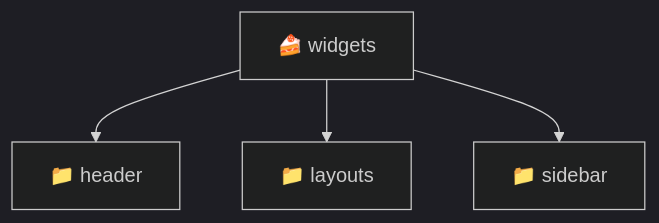
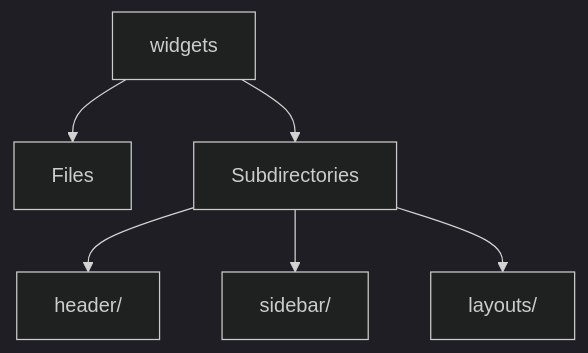
One commit to beginwebdev2002/fullstack-mavluda changed the diagram in frontend/src/widgets/README.md. Above: the diagram before and after it, drawn with Mermaid (dark theme). The commit also changed other lines of this file and 167 other files, not shown here.

````diff
--- a/frontend/src/widgets/README.md
+++ b/frontend/src/widgets/README.md
@@ -11,7 +14,8 @@
 ```mermaid
 graph TD
-  widgets["🍰 widgets"]
-  widgets --> header["📁 header"]
-  widgets --> layouts["📁 layouts"]
-  widgets --> sidebar["📁 sidebar"]
+  widgets --> Files
+  widgets --> Subdirectories
+  Subdirectories --> header[header/]
+  Subdirectories --> sidebar[sidebar/]
+  Subdirectories --> layouts[layouts/]
 ```
````
